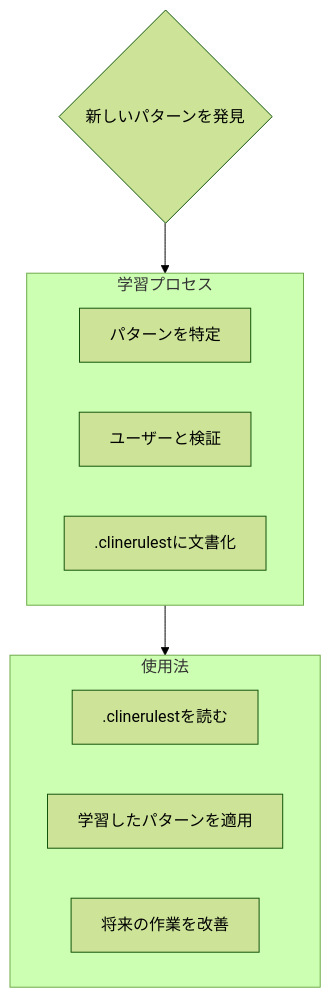
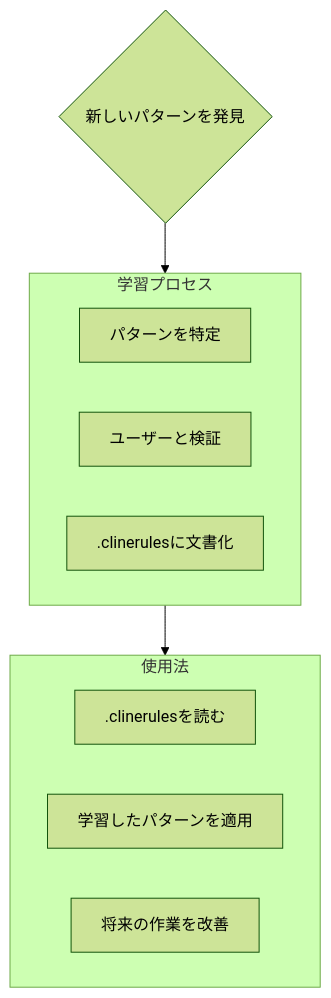
Before and after one commit to cline/cline: the fifth of 5 diagrams in docs_ja/prompting/custom instructions library/raw-instructions/cline-memory-bank.md, drawn with Mermaid (forest theme). The commit also changed other lines of this file, not shown here.

````diff
--- a/docs_ja/prompting/custom instructions library/raw-instructions/cline-memory-bank.md
+++ b/docs_ja/prompting/custom instructions library/raw-instructions/cline-memory-bank.md
@@ -123,19 +123,19 @@
 ```mermaid
 flowchart TD
     Start{新しいパターンを発見}
     
     subgraph Learn [学習プロセス]
         D1[パターンを特定]
         D2[ユーザーと検証]
-        D3[.clinerulestに文書化]
+        D3[.clinerulesに文書化]
     end
     
     subgraph Apply [使用法]
-        A1[.clinerulestを読む]
+        A1[.clinerulesを読む]
         A2[学習したパターンを適用]
         A3[将来の作業を改善]
     end
     
     Start --> Learn
     Learn --> Apply
 ```
````
